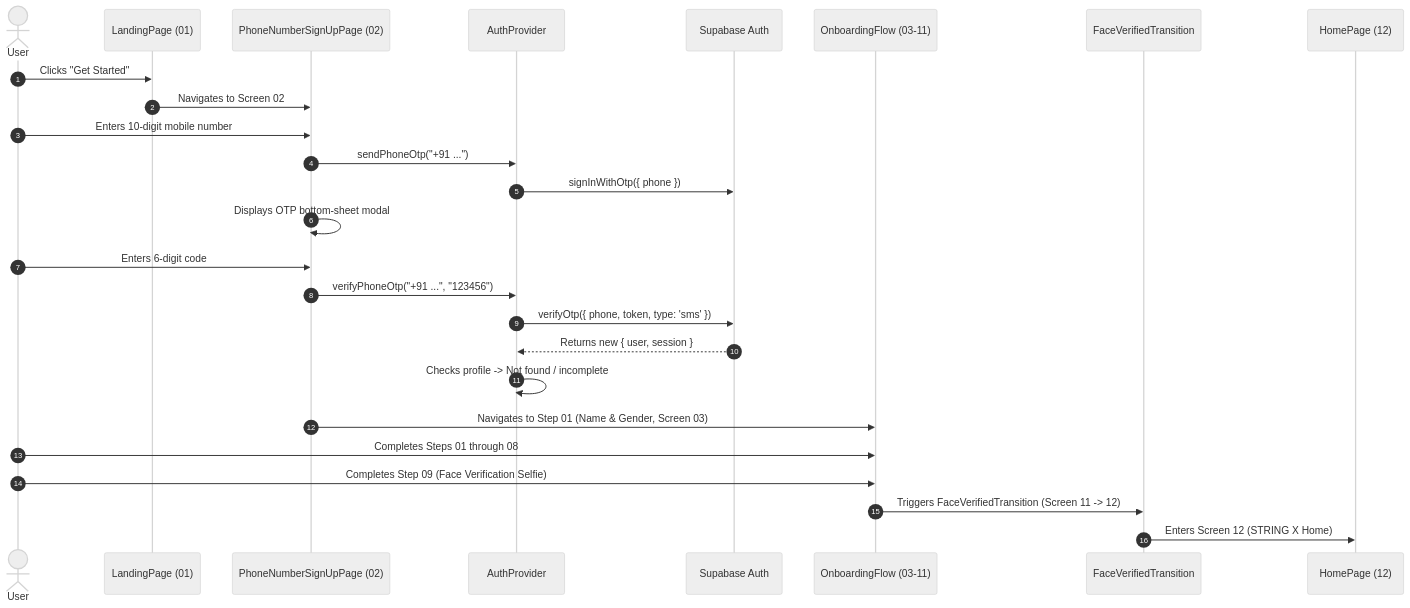
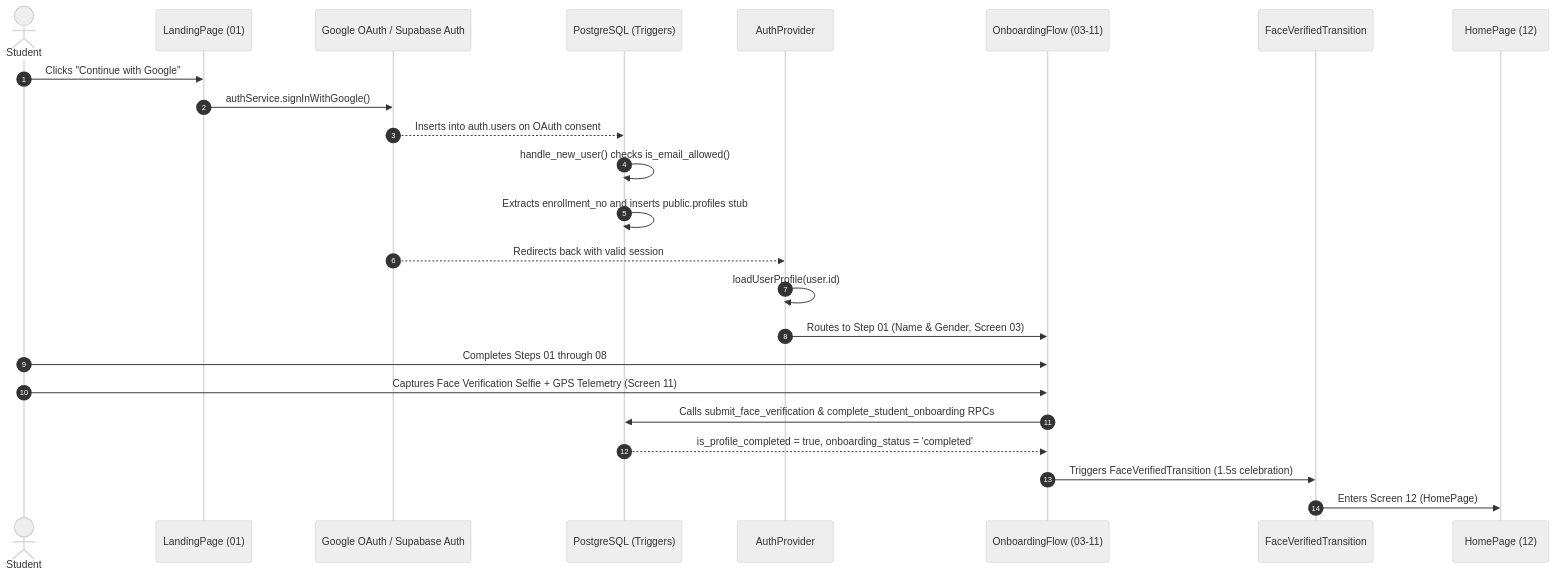
Before and after one commit to Hellsguardian/String-X: the second of 2 diagrams in docs/authentication.md, drawn with Mermaid (neutral theme). The commit also changed other lines of this file and 14 other files, not shown here.

````diff
--- a/docs/authentication.md
+++ b/docs/authentication.md
@@ -41,29 +80,27 @@
 ```mermaid
 sequenceDiagram
     autonumber
-    actor User
+    actor Student
     participant Landing as LandingPage (01)
-    participant PhonePage as PhoneNumberSignUpPage (02)
+    participant Google as Google OAuth / Supabase Auth
+    participant DB as PostgreSQL (Triggers)
     participant Auth as AuthProvider
-    participant Supabase as Supabase Auth
     participant Onboarding as OnboardingFlow (03-11)
     participant Verified as FaceVerifiedTransition
     participant Home as HomePage (12)
 
-    User->>Landing: Clicks "Get Started"
-    Landing->>PhonePage: Navigates to Screen 02
-    User->>PhonePage: Enters 10-digit mobile number
-    PhonePage->>Auth: sendPhoneOtp("+91 ...")
-    Auth->>Supabase: signInWithOtp({ phone })
-    PhonePage->>PhonePage: Displays OTP bottom-sheet modal
-    User->>PhonePage: Enters 6-digit code
-    PhonePage->>Auth: verifyPhoneOtp("+91 ...", "123456")
-    Auth->>Supabase: verifyOtp({ phone, token, type: 'sms' })
-    Supabase-->>Auth: Returns new { user, session }
-    Auth->>Auth: Checks profile -> Not found / incomplete
-    PhonePage->>Onboarding: Navigates to Step 01 (Name & Gender, Screen 03)
-    User->>Onboarding: Completes Steps 01 through 08
-    User->>Onboarding: Completes Step 09 (Face Verification Selfie)
-    Onboarding->>Verified: Triggers FaceVerifiedTransition (Screen 11 -> 12)
-    Verified->>Home: Enters Screen 12 (STRING X Home)
+    Student->>Landing: Clicks "Continue with Google"
+    Landing->>Google: authService.signInWithGoogle()
+    Google-->>DB: Inserts into auth.users on OAuth consent
+    DB->>DB: handle_new_user() checks is_email_allowed()
+    DB->>DB: Extracts enrollment_no and inserts public.profiles stub
+    Google-->>Auth: Redirects back with valid session
+    Auth->>Auth: loadUserProfile(user.id)
+    Auth->>Onboarding: Routes to Step 01 (Name & Gender, Screen 03)
+    Student->>Onboarding: Completes Steps 01 through 08
+    Student->>Onboarding: Captures Face Verification Selfie + GPS Telemetry (Screen 11)
+    Onboarding->>DB: Calls submit_face_verification & complete_student_onboarding RPCs
+    DB-->>Onboarding: is_profile_completed = true, onboarding_status = 'completed'
+    Onboarding->>Verified: Triggers FaceVerifiedTransition (1.5s celebration)
+    Verified->>Home: Enters Screen 12 (HomePage)
 ```
````
